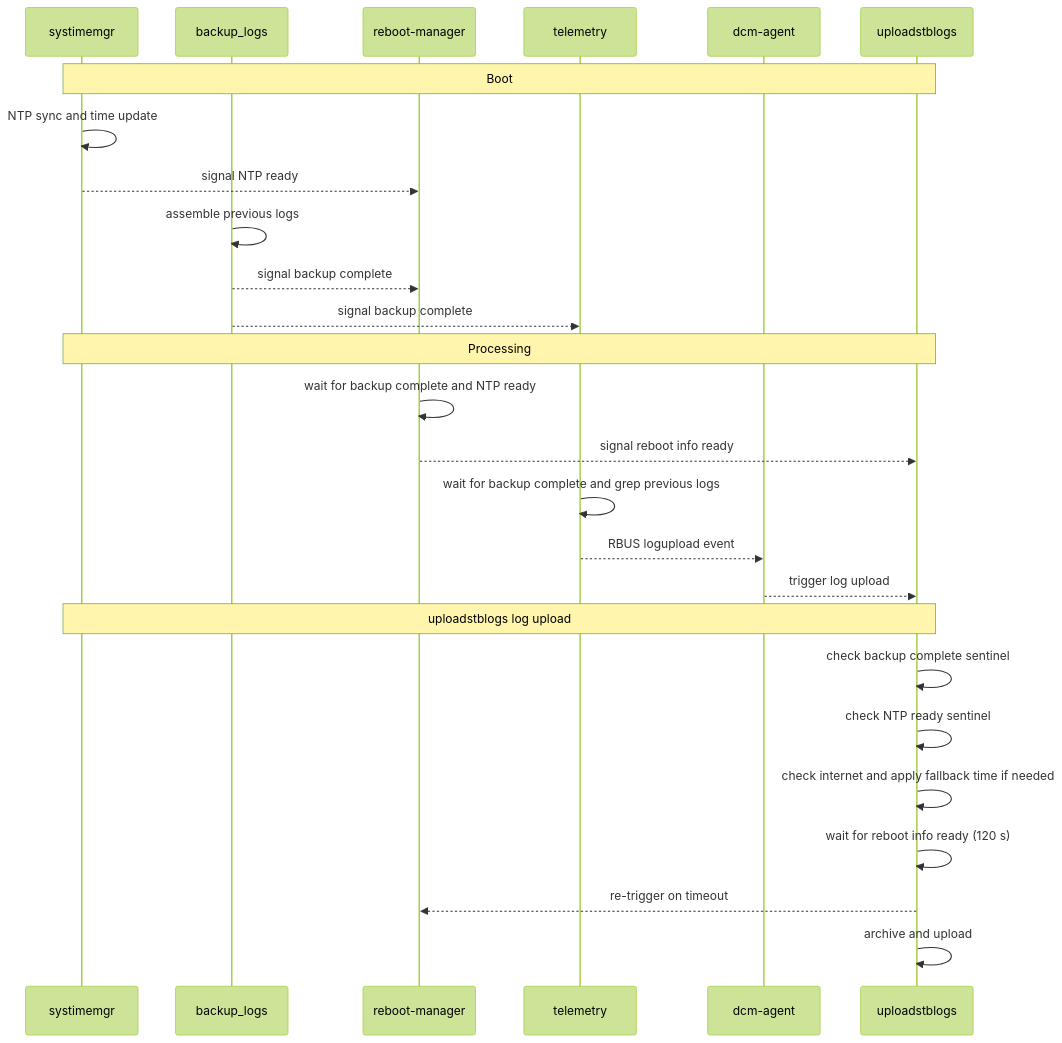
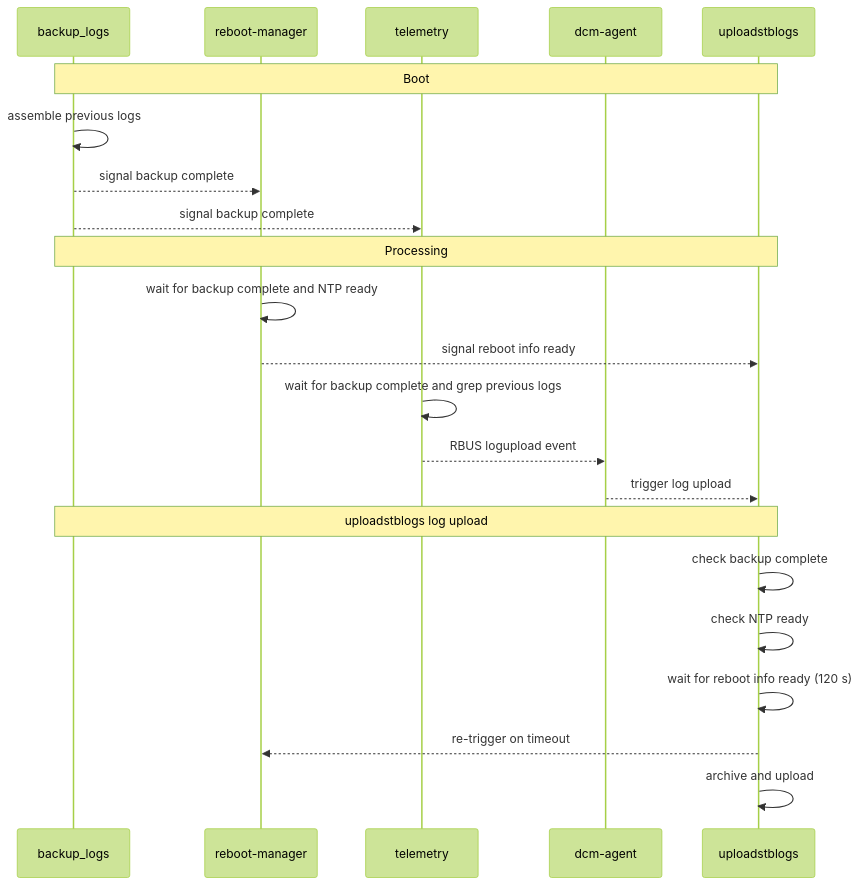
One commit to rdkcentral/dcm-agent changed the first of 2 diagrams in stateanalysis.md. Above: the diagram before and after it, drawn with Mermaid (forest theme). The commit also changed other lines of this file, not shown here.

````diff
--- a/stateanalysis.md
+++ b/stateanalysis.md
@@ -7,36 +7,31 @@
 ```mermaid
 sequenceDiagram
-    participant SYS as systimemgr
     participant BL  as backup_logs
     participant RM  as reboot-manager
     participant TEL as telemetry
     participant DCM as dcm-agent
     participant UL  as uploadstblogs
 
-    note over SYS,UL: Boot
-
-    SYS ->> SYS : NTP sync and time update
-    SYS -->> RM : signal NTP ready
+    note over BL,UL: Boot
 
     BL  ->> BL  : assemble previous logs
     BL  -->> RM : signal backup complete
     BL  -->> TEL: signal backup complete
 
-    note over SYS,UL: Processing
+    note over BL,UL: Processing
 
     RM  ->> RM  : wait for backup complete and NTP ready
     RM  -->> UL : signal reboot info ready
 
     TEL ->> TEL : wait for backup complete and grep previous logs
     TEL -->> DCM: RBUS logupload event
     DCM -->> UL : trigger log upload
 
-    note over SYS,UL: uploadstblogs log upload
+    note over BL,UL: uploadstblogs log upload
 
-    UL  ->> UL  : check backup complete sentinel
-    UL  ->> UL  : check NTP ready sentinel
-    UL  ->> UL  : check internet and apply fallback time if needed
+    UL  ->> UL  : check backup complete
+    UL  ->> UL  : check NTP ready
     UL  ->> UL  : wait for reboot info ready (120 s)
     UL  -->> RM : re-trigger on timeout
     UL  ->> UL  : archive and upload
 ```
````
